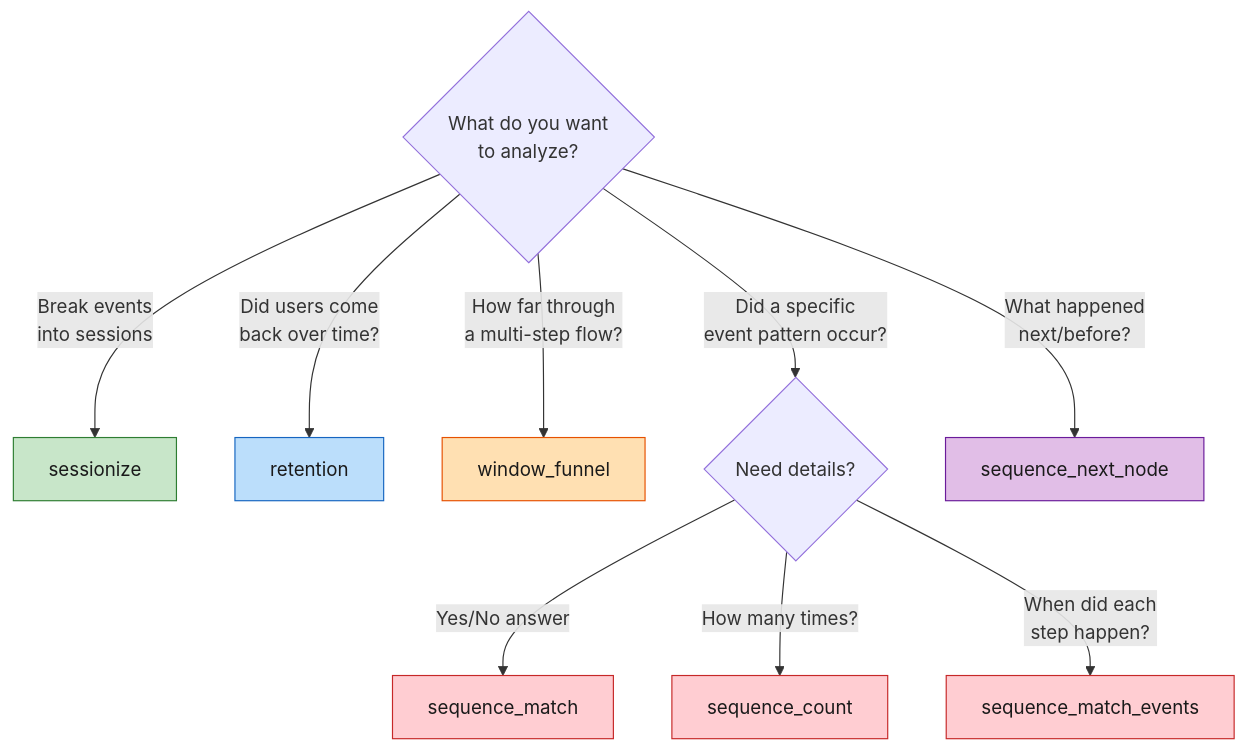
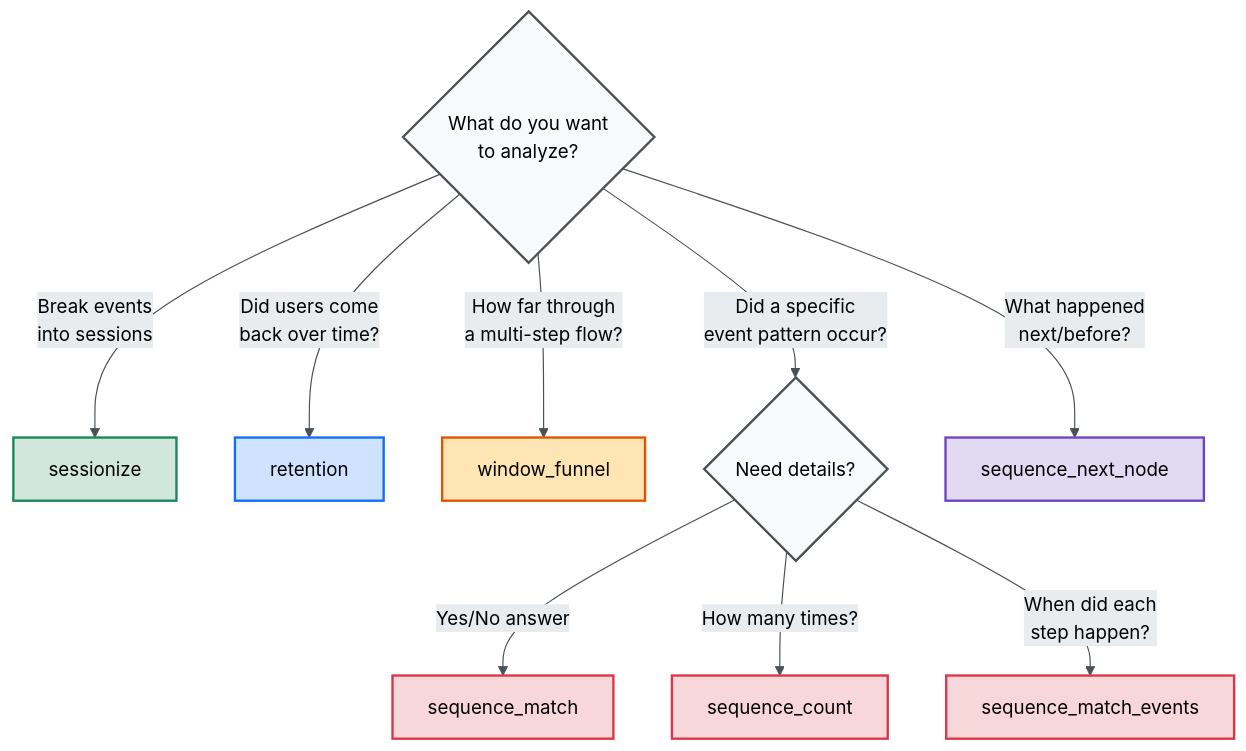
Before and after one commit to tomtom215/duckdb-behavioral: the diagram in docs/src/index.md, drawn with Mermaid. The commit also changed 10 other files, not shown here.

````diff
--- a/docs/src/index.md
+++ b/docs/src/index.md
@@ -135,20 +135,23 @@
 ```mermaid
+%%{init: {'theme': 'base', 'themeVariables': {'primaryColor': '#f8f9fa', 'primaryTextColor': '#000000', 'primaryBorderColor': '#495057', 'lineColor': '#495057', 'secondaryColor': '#e9ecef', 'tertiaryColor': '#dee2e6', 'textColor': '#000000'}}}%%
 flowchart TD
     Q{What do you want<br/>to analyze?}
     Q -->|"Break events<br/>into sessions"| S["sessionize"]
     Q -->|"Did users come<br/>back over time?"| R["retention"]
     Q -->|"How far through<br/>a multi-step flow?"| WF["window_funnel"]
     Q -->|"Did a specific<br/>event pattern occur?"| SM{Need details?}
     SM -->|"Yes/No answer"| SEQ["sequence_match"]
     SM -->|"How many times?"| SC["sequence_count"]
     SM -->|"When did each<br/>step happen?"| SME["sequence_match_events"]
     Q -->|"What happened<br/>next/before?"| SNN["sequence_next_node"]
 
-    style S fill:#c8e6c9,stroke:#2e7d32,color:#1a1a1a
-    style R fill:#bbdefb,stroke:#1565c0,color:#1a1a1a
-    style WF fill:#ffe0b2,stroke:#e65100,color:#1a1a1a
-    style SEQ fill:#ffcdd2,stroke:#c62828,color:#1a1a1a
-    style SC fill:#ffcdd2,stroke:#c62828,color:#1a1a1a
-    style SME fill:#ffcdd2,stroke:#c62828,color:#1a1a1a
-    style SNN fill:#e1bee7,stroke:#6a1b9a,color:#1a1a1a
+    style Q fill:#f8f9fa,stroke:#495057,stroke-width:2px,color:#000000
+    style S fill:#d1e7dd,stroke:#198754,stroke-width:2px,color:#000000
+    style R fill:#cfe2ff,stroke:#0d6efd,stroke-width:2px,color:#000000
+    style WF fill:#ffe5b4,stroke:#e65100,stroke-width:2px,color:#000000
+    style SM fill:#f8f9fa,stroke:#495057,stroke-width:2px,color:#000000
+    style SEQ fill:#f8d7da,stroke:#dc3545,stroke-width:2px,color:#000000
+    style SC fill:#f8d7da,stroke:#dc3545,stroke-width:2px,color:#000000
+    style SME fill:#f8d7da,stroke:#dc3545,stroke-width:2px,color:#000000
+    style SNN fill:#e2d9f3,stroke:#6f42c1,stroke-width:2px,color:#000000
 ```
````
